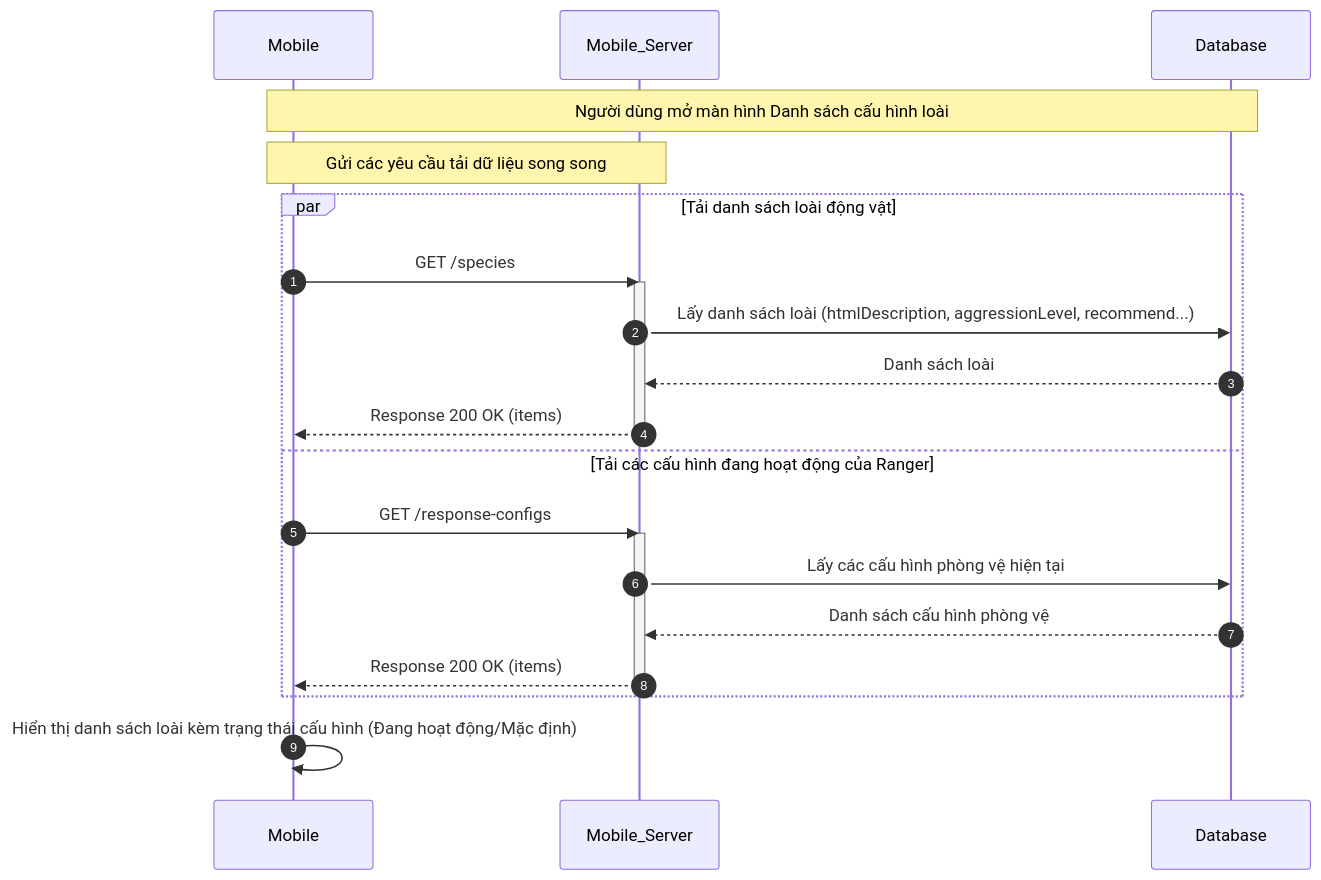
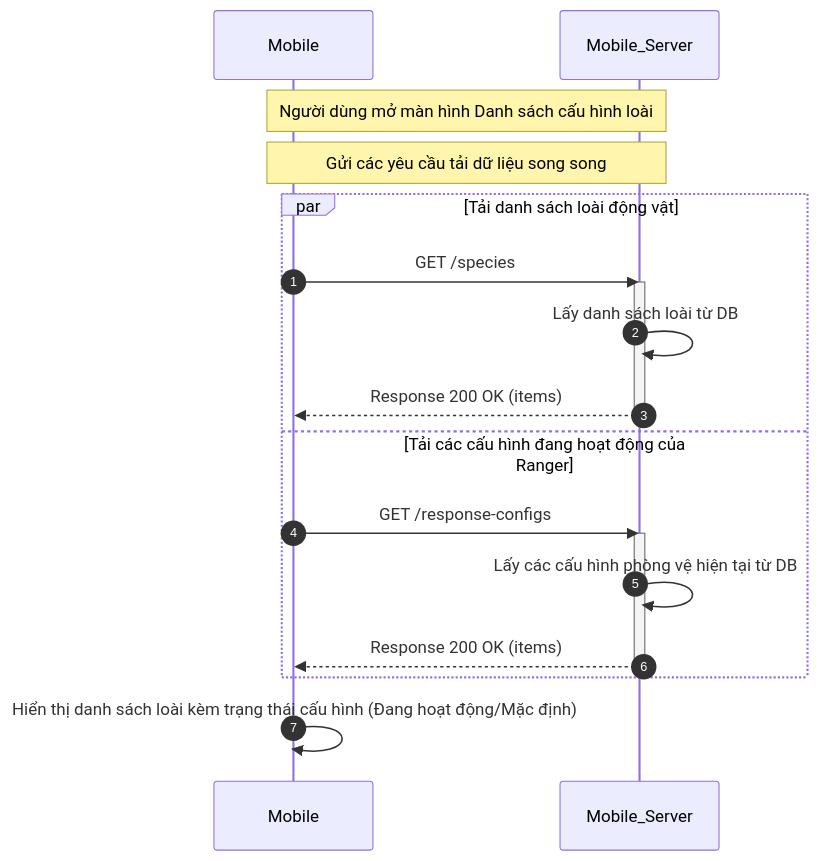
One commit to trungnguyenthien/Wildlife-Warning-and-Deterrence-System changed diagram 11 of 18 in docs/04-sequence-diagram.md. Above: the diagram before and after it, drawn with Mermaid. The commit also changed other lines of this file, not shown here.

Commit message:
docs: update sequence diagram to reflect latest system flow refinements

````diff
--- a/docs/04-sequence-diagram.md
+++ b/docs/04-sequence-diagram.md
@@ -528,26 +433,23 @@
 ```mermaid
 sequenceDiagram
     autonumber
     participant Mobile as Mobile
     participant Mobile_Server as Mobile_Server
-    participant Database as Database
 
-    Note over Mobile, Database: Người dùng mở màn hình Danh sách cấu hình loài
+    Note over Mobile, Mobile_Server: Người dùng mở màn hình Danh sách cấu hình loài
     Note over Mobile, Mobile_Server: Gửi các yêu cầu tải dữ liệu song song
     par Tải danh sách loài động vật
         Mobile->>Mobile_Server: GET /species
         activate Mobile_Server
-        Mobile_Server->>Database: Lấy danh sách loài (htmlDescription, aggressionLevel, recommend...)
-        Database-->>Mobile_Server: Danh sách loài
+        Mobile_Server->>Mobile_Server: Lấy danh sách loài từ DB
         Mobile_Server-->>Mobile: Response 200 OK (items)
         deactivate Mobile_Server
     and Tải các cấu hình đang hoạt động của Ranger
         Mobile->>Mobile_Server: GET /response-configs
         activate Mobile_Server
-        Mobile_Server->>Database: Lấy các cấu hình phòng vệ hiện tại
-        Database-->>Mobile_Server: Danh sách cấu hình phòng vệ
+        Mobile_Server->>Mobile_Server: Lấy các cấu hình phòng vệ hiện tại từ DB
         Mobile_Server-->>Mobile: Response 200 OK (items)
         deactivate Mobile_Server
     end
     Mobile->>Mobile: Hiển thị danh sách loài kèm trạng thái cấu hình (Đang hoạt động/Mặc định)
 ```
````
